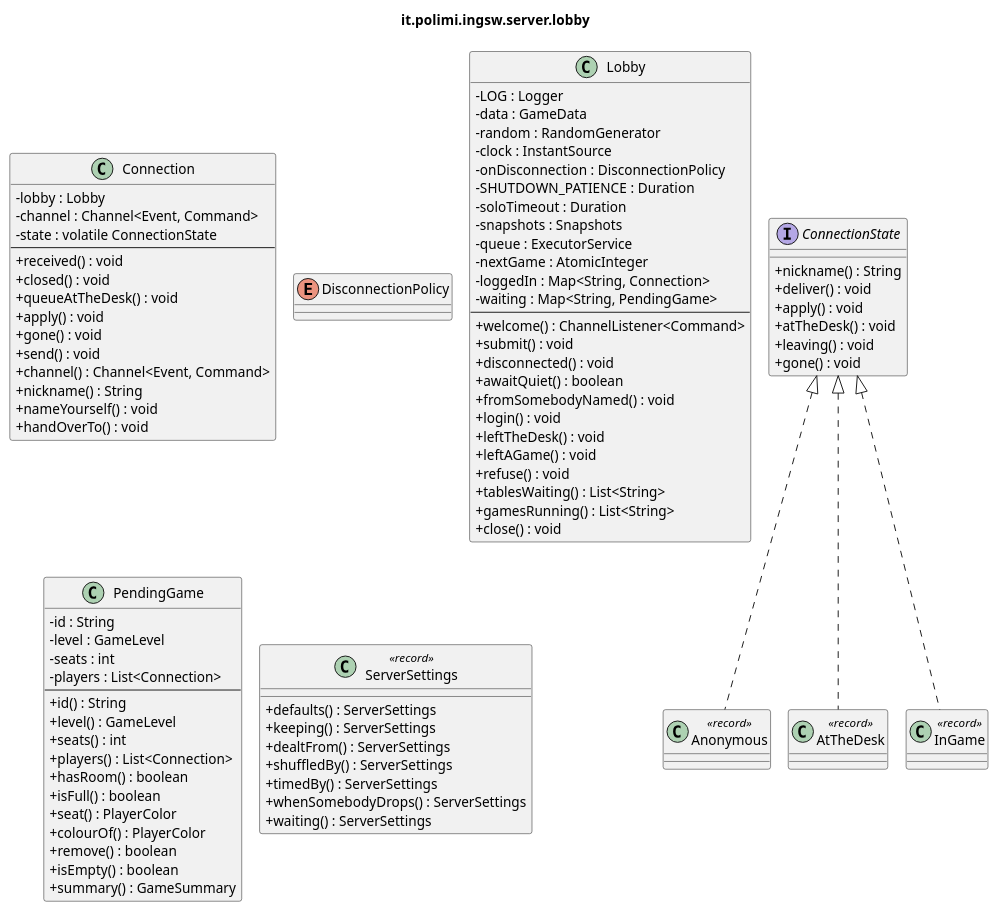
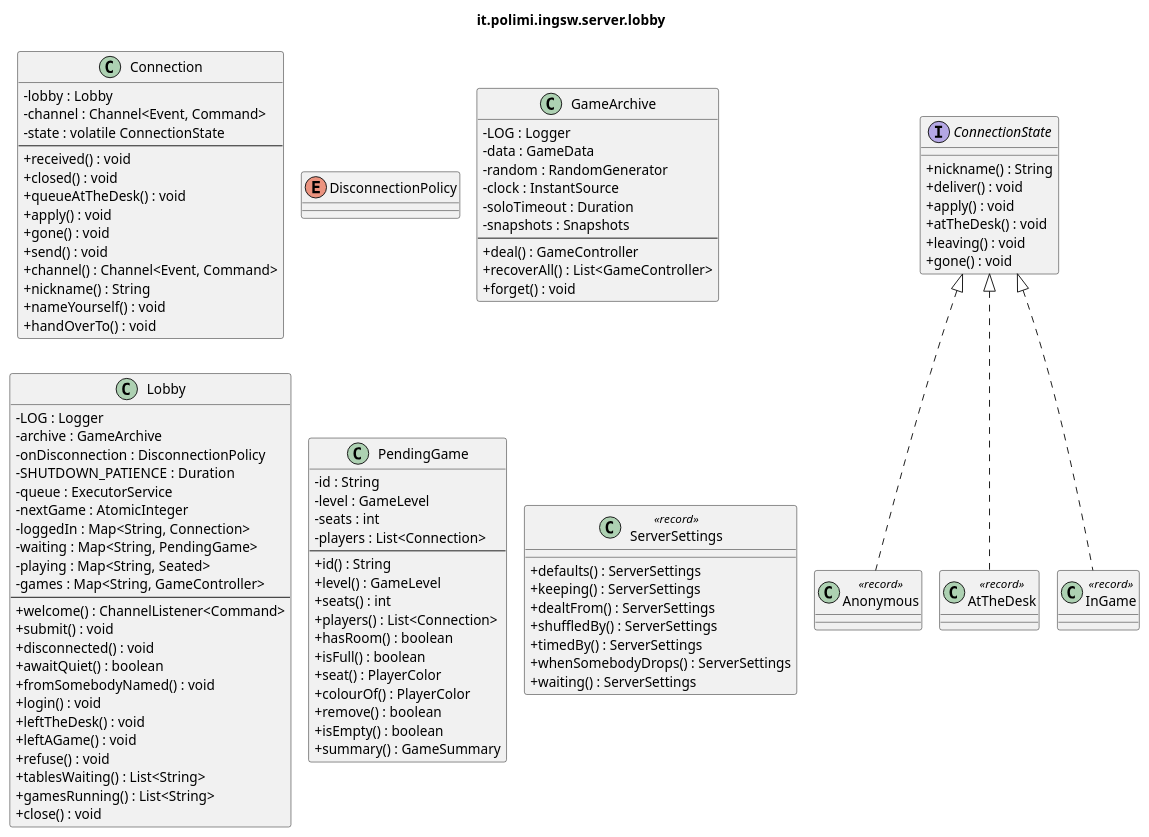
Before and after one commit to samuelesegrini/ing-sw-2025-segrini-terribile-varricchio-zanca: the diagram in docs/uml/detailed/server-lobby.puml, drawn with PlantUML. The commit also changed 3 other files, not shown here.

First line of the commit message:
refactor(lobby): a game comes into being in one place

```diff
--- a/docs/uml/detailed/server-lobby.puml
+++ b/docs/uml/detailed/server-lobby.puml
@@ -1,98 +1,108 @@
 @startuml it_polimi_ingsw_server_lobby
 ' Generated by tools/uml/generate-detailed.py. Do not edit by hand.
 !pragma layout smetana
 skinparam shadowing false
 skinparam classAttributeIconSize 0
 title it.polimi.ingsw.server.lobby
 
 class Connection {
   -lobby : Lobby
   -channel : Channel<Event, Command>
   -state : volatile ConnectionState
   --
   +received() : void
   +closed() : void
   +queueAtTheDesk() : void
   +apply() : void
   +gone() : void
   +send() : void
   +channel() : Channel<Event, Command>
   +nickname() : String
   +nameYourself() : void
   +handOverTo() : void
 }
 interface ConnectionState {
   +nickname() : String
   +deliver() : void
   +apply() : void
   +atTheDesk() : void
   +leaving() : void
   +gone() : void
 }
 class Anonymous <<record>> {
 }
 class AtTheDesk <<record>> {
 }
 class InGame <<record>> {
 }
 enum DisconnectionPolicy {
 }
-class Lobby {
+class GameArchive {
   -LOG : Logger
   -data : GameData
   -random : RandomGenerator
   -clock : InstantSource
+  -soloTimeout : Duration
+  -snapshots : Snapshots
+  --
+  +deal() : GameController
+  +recoverAll() : List<GameController>
+  +forget() : void
+}
+class Lobby {
+  -LOG : Logger
+  -archive : GameArchive
   -onDisconnection : DisconnectionPolicy
   -SHUTDOWN_PATIENCE : Duration
-  -soloTimeout : Duration
-  -snapshots : Snapshots
   -queue : ExecutorService
   -nextGame : AtomicInteger
   -loggedIn : Map<String, Connection>
   -waiting : Map<String, PendingGame>
+  -playing : Map<String, Seated>
+  -games : Map<String, GameController>
   --
   +welcome() : ChannelListener<Command>
   +submit() : void
   +disconnected() : void
   +awaitQuiet() : boolean
   +fromSomebodyNamed() : void
   +login() : void
   +leftTheDesk() : void
   +leftAGame() : void
   +refuse() : void
   +tablesWaiting() : List<String>
   +gamesRunning() : List<String>
   +close() : void
 }
 class PendingGame {
   -id : String
   -level : GameLevel
   -seats : int
   -players : List<Connection>
   --
   +id() : String
   +level() : GameLevel
   +seats() : int
   +players() : List<Connection>
   +hasRoom() : boolean
   +isFull() : boolean
   +seat() : PlayerColor
   +colourOf() : PlayerColor
   +remove() : boolean
   +isEmpty() : boolean
   +summary() : GameSummary
 }
 class ServerSettings <<record>> {
   +defaults() : ServerSettings
   +keeping() : ServerSettings
   +dealtFrom() : ServerSettings
   +shuffledBy() : ServerSettings
   +timedBy() : ServerSettings
   +whenSomebodyDrops() : ServerSettings
   +waiting() : ServerSettings
 }
 
 ConnectionState <|.. Anonymous
 ConnectionState <|.. AtTheDesk
 ConnectionState <|.. InGame
 @enduml
```
